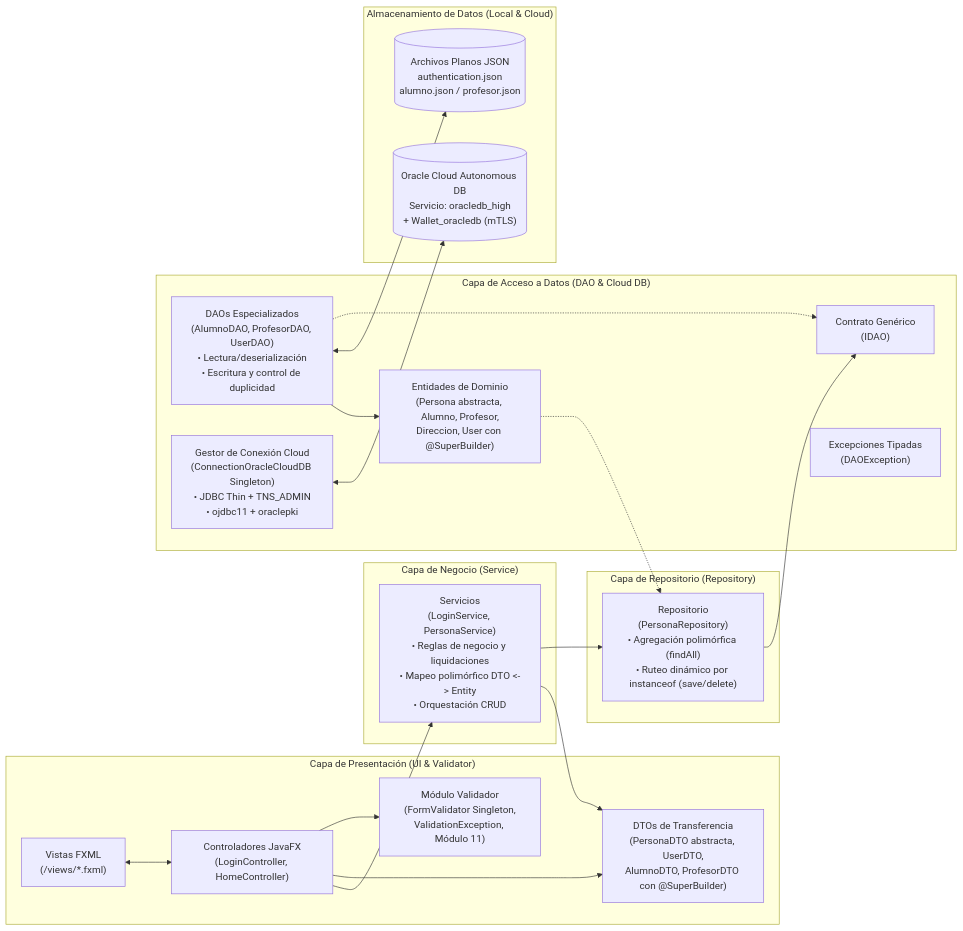
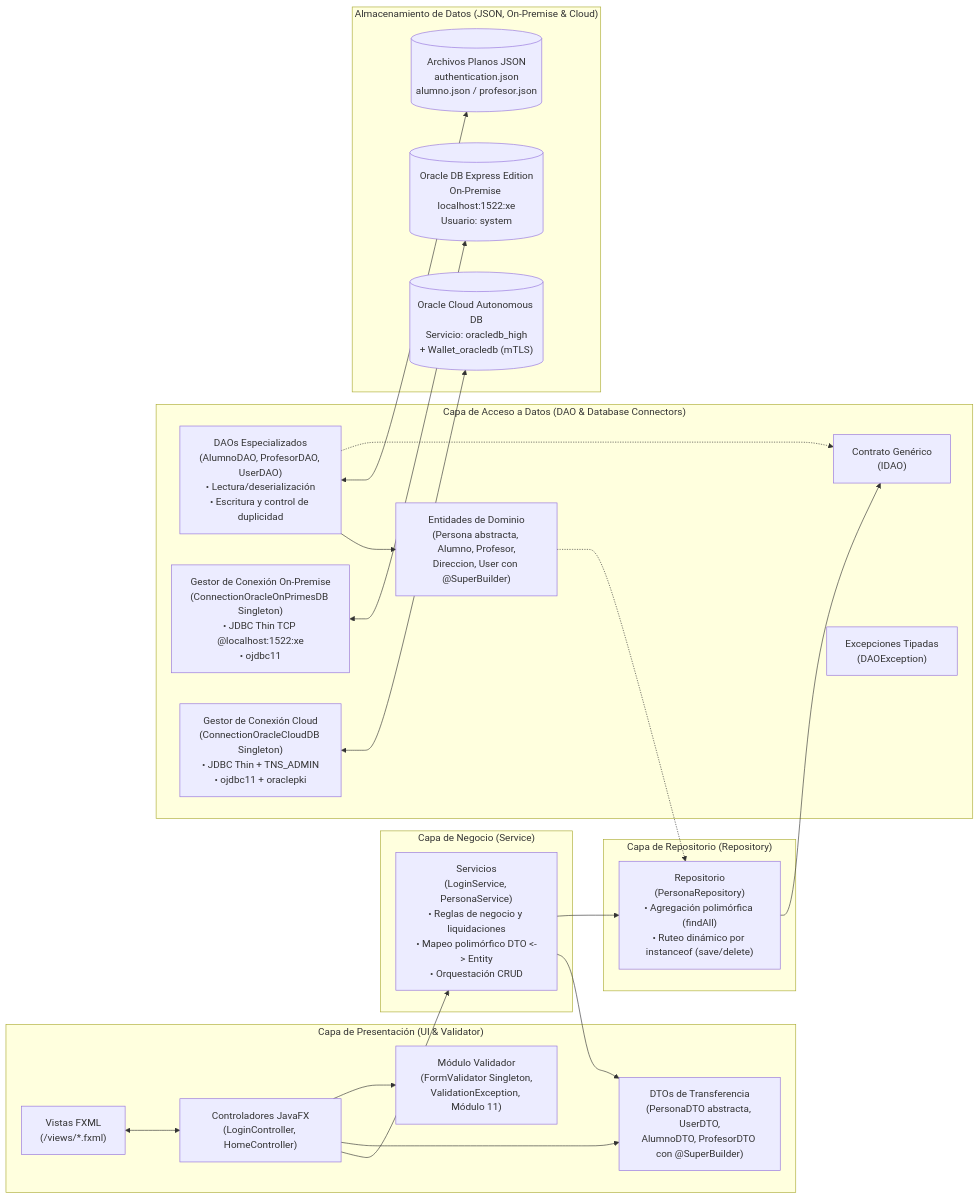
Before and after one commit to elprofecarreno/poo-javafx: the second of 2 diagrams in README.md, drawn with Mermaid. The commit also changed other lines of this file and 38 other files, not shown here.

````diff
--- a/README.md
+++ b/README.md
@@ -147,43 +154,46 @@
 ```mermaid
 flowchart LR
     subgraph Capa_Presentacion["Capa de Presentación (UI & Validator)"]
         Vistas["Vistas FXML\n(/views/*.fxml)"]
         Controladores["Controladores JavaFX\n(LoginController, HomeController)"]
         Validador["Módulo Validador\n(FormValidator Singleton,\nValidationException, Módulo 11)"]
         DTOs["DTOs de Transferencia\n(PersonaDTO abstracta, UserDTO,\nAlumnoDTO, ProfesorDTO con @SuperBuilder)"]
     end
 
     subgraph Capa_Negocio["Capa de Negocio (Service)"]
         Servicios["Servicios\n(LoginService, PersonaService)\n• Reglas de negocio y liquidaciones\n• Mapeo polimórfico DTO <-> Entity\n• Orquestación CRUD"]
     end
 
     subgraph Capa_Repositorio["Capa de Repositorio (Repository)"]
         Repositorio["Repositorio\n(PersonaRepository)\n• Agregación polimórfica (findAll)\n• Ruteo dinámico por instanceof (save/delete)"]
     end
 
-    subgraph Capa_Datos["Capa de Acceso a Datos (DAO & Cloud DB)"]
+    subgraph Capa_Datos["Capa de Acceso a Datos (DAO & Database Connectors)"]
         ContratoDAO["Contrato Genérico\n(IDAO<T>)"]
         DAOs["DAOs Especializados\n(AlumnoDAO, ProfesorDAO, UserDAO)\n• Lectura/deserialización\n• Escritura y control de duplicidad"]
+        ConnOnPrem["Gestor de Conexión On-Premise\n(ConnectionOracleOnPrimesDB Singleton)\n• JDBC Thin TCP @localhost:1522:xe\n• ojdbc11"]
         ConnCloud["Gestor de Conexión Cloud\n(ConnectionOracleCloudDB Singleton)\n• JDBC Thin + TNS_ADMIN\n• ojdbc11 + oraclepki"]
         Entidades["Entidades de Dominio\n(Persona abstracta, Alumno, Profesor,\nDireccion, User con @SuperBuilder)"]
         Excepciones["Excepciones Tipadas\n(DAOException)"]
     end
 
-    subgraph Almacenamiento["Almacenamiento de Datos (Local & Cloud)"]
+    subgraph Almacenamiento["Almacenamiento de Datos (JSON, On-Premise & Cloud)"]
         JSONFiles[("Archivos Planos JSON\nauthentication.json\nalumno.json / profesor.json")]
+        OracleOnPrem[("Oracle DB Express Edition\nOn-Premise localhost:1522:xe\nUsuario: system")]
         OracleDB[("Oracle Cloud Autonomous DB\nServicio: oracledb_high\n+ Wallet_oracledb (mTLS)")]
     end
 
     Vistas <--> Controladores
     Controladores --> Validador
     Controladores --> DTOs
     Controladores --> Servicios
     Servicios --> Repositorio
     Repositorio --> ContratoDAO
     DAOs -.-> ContratoDAO
     DAOs <--> JSONFiles
+    ConnOnPrem <--> OracleOnPrem
     ConnCloud <--> OracleDB
     DAOs --> Entidades
     Entidades -.-> Repositorio
     Servicios --> DTOs
 ```
````
